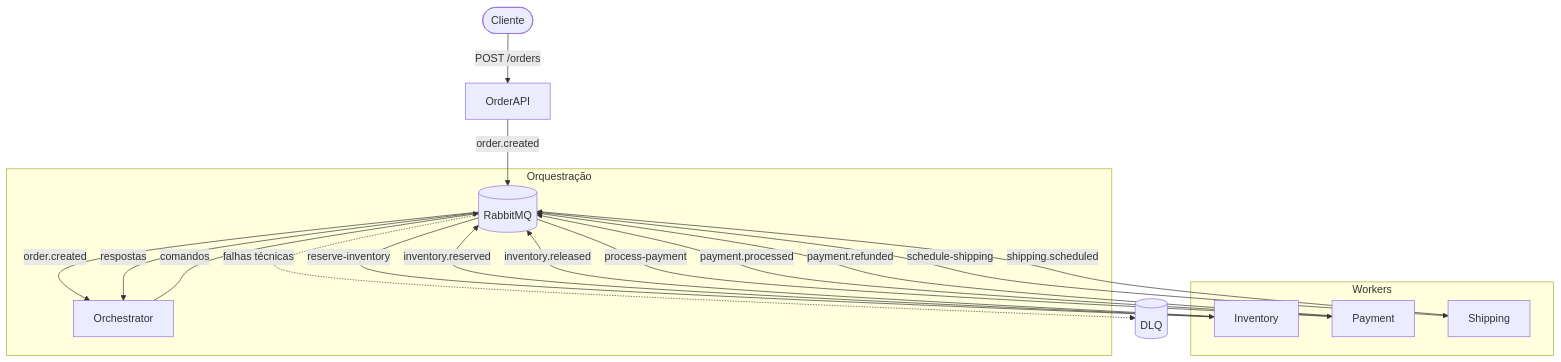
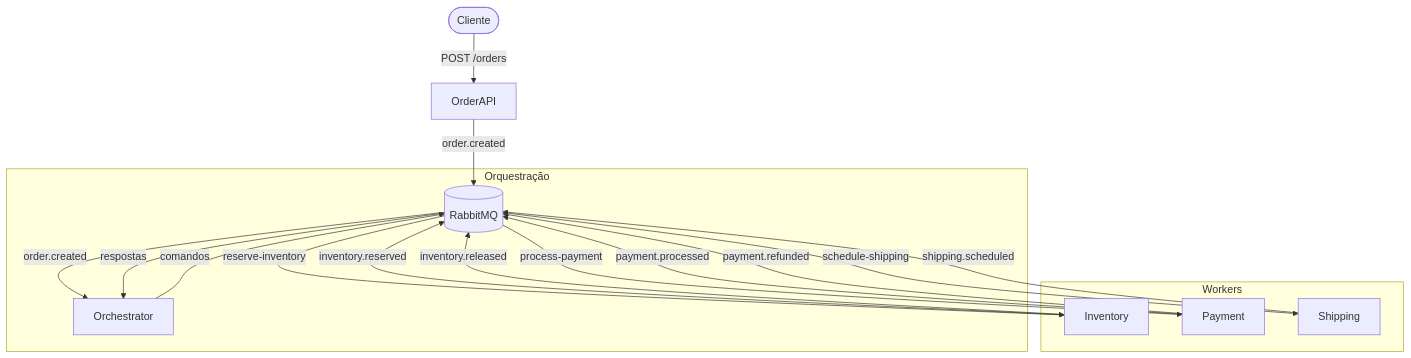
The diagram in docs/orchestration-saga/architecture.md (maicoqb/estudo-de-caso-arquiteturas-eda), drawn with Mermaid before and after one commit. The commit also changed other lines of this file and 2 other files, not shown here.

````diff
--- a/docs/orchestration-saga/architecture.md
+++ b/docs/orchestration-saga/architecture.md
@@ -7,26 +7,24 @@
 ```mermaid
 graph TD
     Client([Cliente]) -->|POST /orders| OrderAPI
     OrderAPI -->|order.created| RabbitMQ[(RabbitMQ)]
 
     subgraph Orquestração
         RabbitMQ -->|order.created| Orchestrator
         Orchestrator -->|comandos| RabbitMQ
         RabbitMQ -->|respostas| Orchestrator
     end
 
     subgraph Workers
         RabbitMQ -->|reserve-inventory| Inventory
         Inventory -->|inventory.reserved| RabbitMQ
         Inventory -->|inventory.released| RabbitMQ
 
         RabbitMQ -->|process-payment| Payment
         Payment -->|payment.processed| RabbitMQ
         Payment -->|payment.refunded| RabbitMQ
 
         RabbitMQ -->|schedule-shipping| Shipping
         Shipping -->|shipping.scheduled| RabbitMQ
     end
-
-    RabbitMQ -.->|falhas técnicas| DLQ[(DLQ)]
 ```
````
